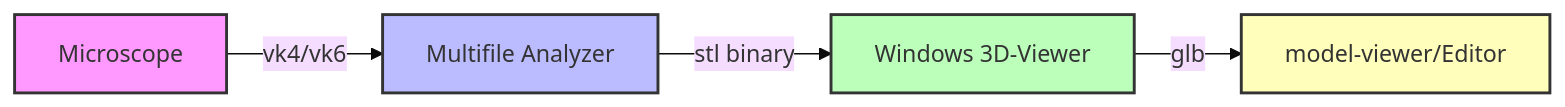
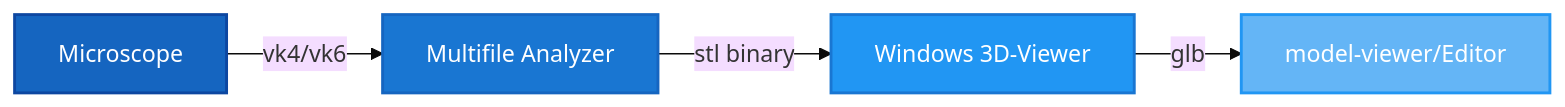
One commit to Jajaho/jajaho.github.io changed the diagram in content/post/ic-microscopy/index.md. Above: the diagram before and after it, drawn with Mermaid (base theme). The commit also changed other lines of this file and 4 other files, not shown here.

````diff
--- a/content/post/ic-microscopy/index.md
+++ b/content/post/ic-microscopy/index.md
@@ -52,11 +57,11 @@
 ```mermaid
     flowchart LR
     M[Microscope] -->|vk4/vk6| MA[Multifile Analyzer]
     MA -->|stl binary| W[Windows 3D-Viewer]
     W -->|glb| MV[model-viewer/Editor]
 
-    style M fill:#f9f,stroke:#333,stroke-width:2px
-    style MA fill:#bbf,stroke:#333,stroke-width:2px
-    style W fill:#bfb,stroke:#333,stroke-width:2px
-    style MV fill:#ffb,stroke:#333,stroke-width:2px
+    style M fill:#1565c0,stroke:#0d47a1,stroke-width:2px,color:#fff
+    style MA fill:#1976d2,stroke:#1565c0,stroke-width:2px,color:#fff
+    style W fill:#2196f3,stroke:#1976d2,stroke-width:2px,color:#fff
+    style MV fill:#64b5f6,stroke:#2196f3,stroke-width:2px,color:#fff
 ```
````
